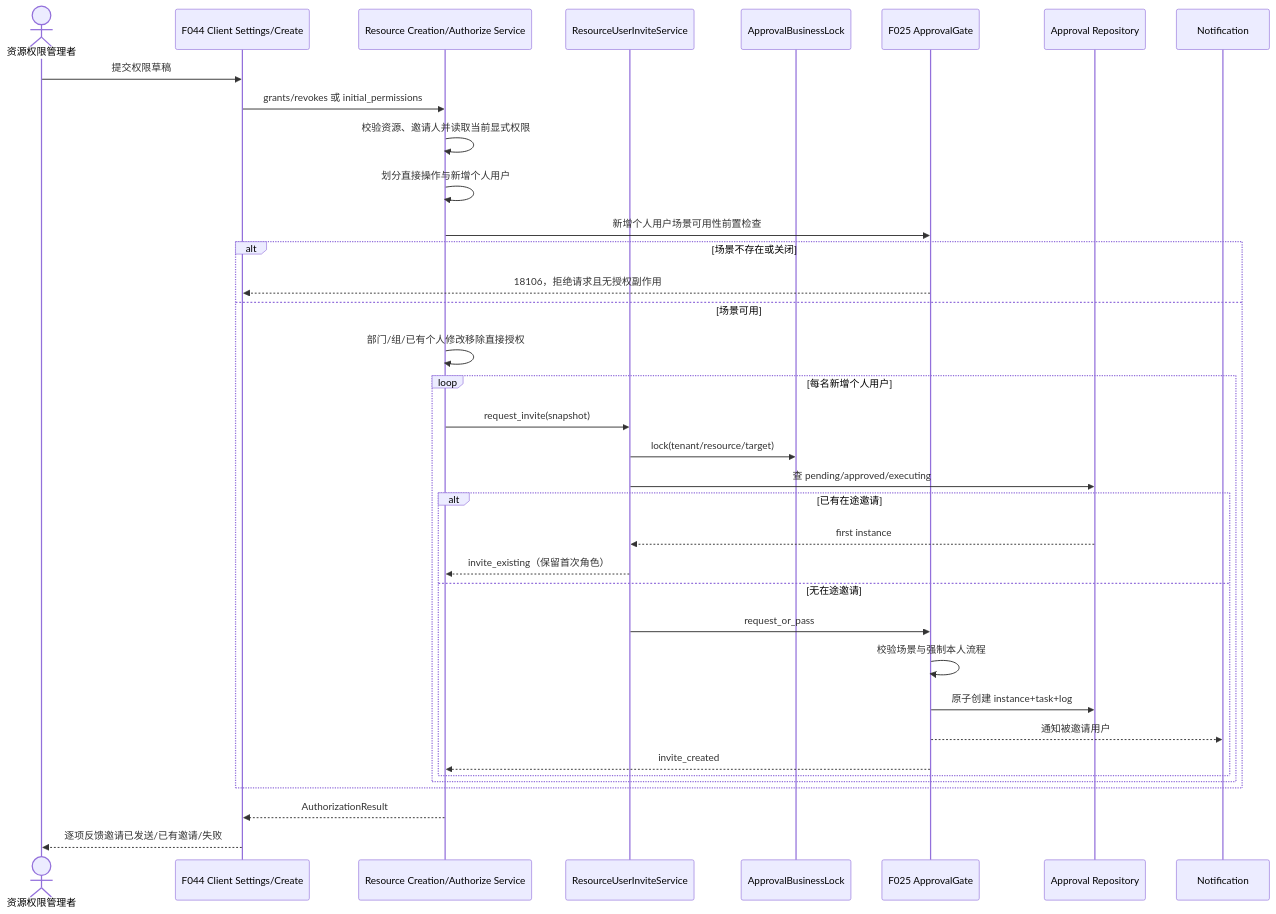
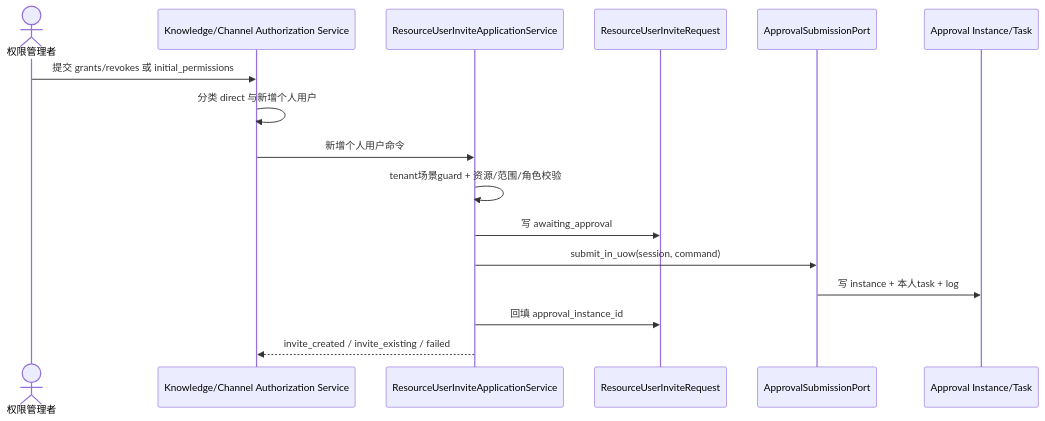
Before and after one commit to dataelement/bisheng: the first of 2 diagrams in features/v2.6.0/045-personal-user-invite-confirmation/design.md, drawn with Mermaid. The commit also changed other lines of this file and 161 other files, not shown here.

Commit message:
refactor: decouple approval from business execution

````diff
--- a/features/v2.6.0/045-personal-user-invite-confirmation/design.md
+++ b/features/v2.6.0/045-personal-user-invite-confirmation/design.md
@@ -167,39 +118,19 @@
 ```mermaid
 sequenceDiagram
-    actor Manager as 资源权限管理者
-    participant UI as F044 Client Settings/Create
-    participant App as Resource Creation/Authorize Service
-    participant Invite as ResourceUserInviteService
-    participant Lock as ApprovalBusinessLock
-    participant Gate as F025 ApprovalGate
-    participant DB as Approval Repository
-    participant Msg as Notification
+    actor Manager as 权限管理者
+    participant Owner as Knowledge/Channel Authorization Service
+    participant App as ResourceUserInviteApplicationService
+    participant Req as ResourceUserInviteRequest
+    participant Submit as ApprovalSubmissionPort
+    participant F025 as Approval Instance/Task
 
-    Manager->>UI: 提交权限草稿
-    UI->>App: grants/revokes 或 initial_permissions
-        App->>App: 校验资源、邀请人并读取当前显式权限
-        App->>App: 划分直接操作与新增个人用户
-        App->>Gate: 新增个人用户场景可用性前置检查
-        alt 场景不存在或关闭
-            Gate-->>UI: 18106，拒绝请求且无授权副作用
-        else 场景可用
-        App->>App: 部门/组/已有个人修改移除直接授权
-    loop 每名新增个人用户
-        App->>Invite: request_invite(snapshot)
-        Invite->>Lock: lock(tenant/resource/target)
-        Invite->>DB: 查 pending/approved/executing
-        alt 已有在途邀请
-            DB-->>Invite: first instance
-            Invite-->>App: invite_existing（保留首次角色）
-        else 无在途邀请
-            Invite->>Gate: request_or_pass
-            Gate->>Gate: 校验场景与强制本人流程
-            Gate->>DB: 原子创建 instance+task+log
-            Gate-->>Msg: 通知被邀请用户
-            Gate-->>App: invite_created
-        end
-        end
-    end
-    App-->>UI: AuthorizationResult
-    UI-->>Manager: 逐项反馈邀请已发送/已有邀请/失败
+    Manager->>Owner: 提交 grants/revokes 或 initial_permissions
+    Owner->>Owner: 分类 direct 与新增个人用户
+    Owner->>App: 新增个人用户命令
+    App->>App: tenant场景guard + 资源/范围/角色校验
+    App->>Req: 写 awaiting_approval
+    App->>Submit: submit_in_uow(session, command)
+    Submit->>F025: 写 instance + 本人task + log
+    App->>Req: 回填 approval_instance_id
+    App-->>Owner: invite_created / invite_existing / failed
 ```
````
